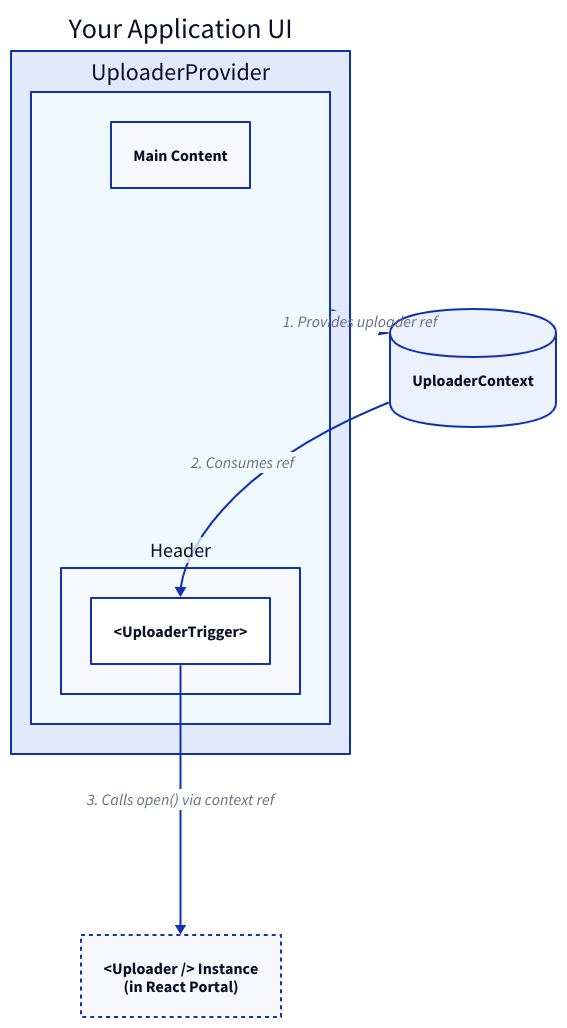
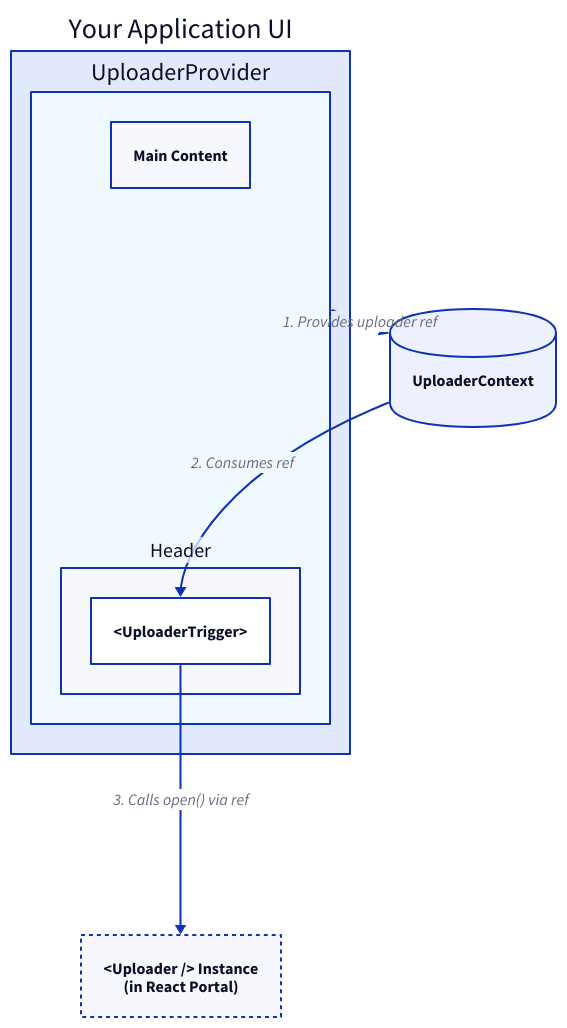
One commit to blocklet/media-kit changed the diagram in .aigne/doc-smith/docs/api-reference-uploader-provider-hooks.md. Above: the diagram before and after it, drawn with D2. The commit also changed other lines of this file and 11 other files, not shown here.

````diff
--- a/.aigne/doc-smith/docs/api-reference-uploader-provider-hooks.md
+++ b/.aigne/doc-smith/docs/api-reference-uploader-provider-hooks.md
@@ -25,46 +25,45 @@
 ```d2
 direction: down
 
 app-ui: {
   label: "Your Application UI"
   shape: rectangle
 
   uploader-provider: {
     label: "UploaderProvider"
     shape: rectangle
     style.fill: "#f0f9ff"
 
     header: {
       label: "Header"
       shape: rectangle
 
       upload-button: {
         label: "<UploaderTrigger>"
         shape: rectangle
       }
     }
 
     main-content: {
       label: "Main Content"
       shape: rectangle
     }
   }
 }
 
 uploader-instance: {
   label: "<Uploader /> Instance\n(in React Portal)"
   shape: rectangle
   style.stroke-dash: 2
 }
 
-app-ui.uploader-provider.header.upload-button -> uploader-instance: "3. Calls open() via context ref"
-
 context: {
   label: "UploaderContext"
   shape: cylinder
 }
 
 app-ui.uploader-provider -> context: "1. Provides uploader ref"
 context -> app-ui.uploader-provider.header.upload-button: "2. Consumes ref"
+app-ui.uploader-provider.header.upload-button -> uploader-instance: "3. Calls open() via ref"
 
 ```
````
